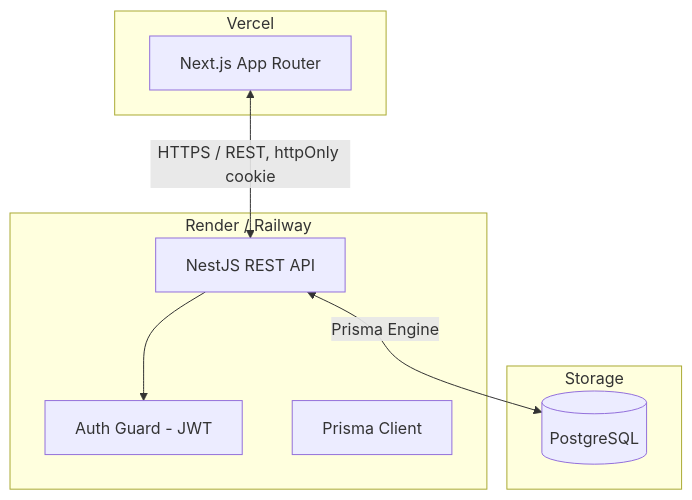
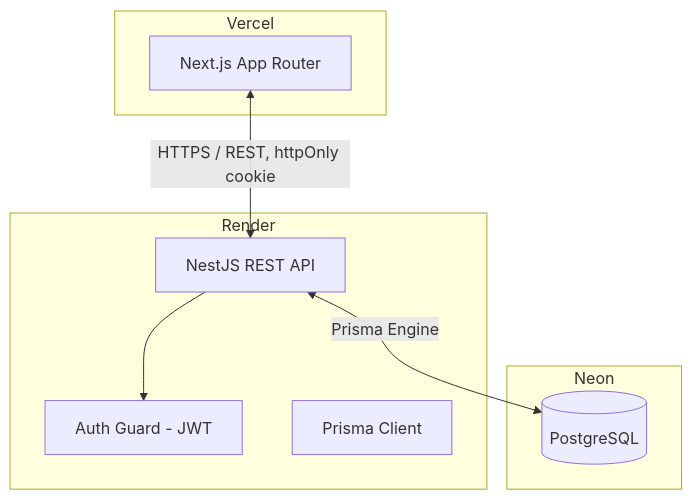
The diagram in architecture.md (MohammadAnas-07/flowboard), drawn with Mermaid before and after one commit. The commit also changed other lines of this file, not shown here.

Commit message:
docs: record live Vercel/Render/Neon deployment URLs in architecture.md

````diff
--- a/architecture.md
+++ b/architecture.md
@@ -49,17 +50,17 @@
 ```mermaid
 flowchart TD
     subgraph Frontend [Vercel]
         Next[Next.js App Router]
     end
-    subgraph Backend [Render / Railway]
+    subgraph Backend [Render]
         API[NestJS REST API]
         Guard[Auth Guard - JWT]
         Prisma[Prisma Client]
     end
-    subgraph Storage
+    subgraph Storage [Neon]
         DB[(PostgreSQL)]
     end
     Next <-->|HTTPS / REST, httpOnly cookie| API
     API --> Guard
     API <-->|Prisma Engine| DB
 ```
````
